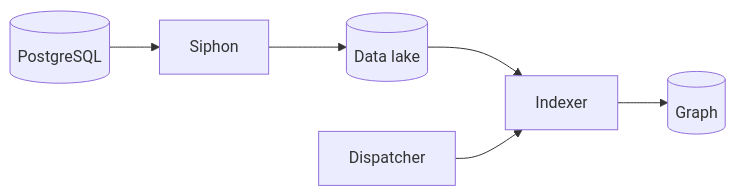
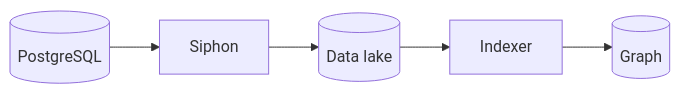
One commit to gitlabhq/orbit-knowledge-graph changed the first of 6 diagrams in docs/pages/engineering/architecture/indexing/sdlc-indexing.md. Above: the diagram before and after it, drawn with Mermaid. The commit also changed other lines of this file and 8 other files, not shown here.

Commit message:
docs(testing): rewrite the end-to-end page and use banner diagrams

````diff
--- a/docs/pages/engineering/architecture/indexing/sdlc-indexing.md
+++ b/docs/pages/engineering/architecture/indexing/sdlc-indexing.md
@@ -21,6 +21,4 @@
 ```mermaid
 flowchart LR
-    PG[(PostgreSQL)] --> Siphon --> Lake[(Data lake)]
-    Lake --> Indexer --> Graph[(Graph)]
-    Dispatcher --> Indexer
+    PG[(PostgreSQL)] --> Siphon --> Lake[(Data lake)] --> Indexer --> Graph[(Graph)]
 ```
````
